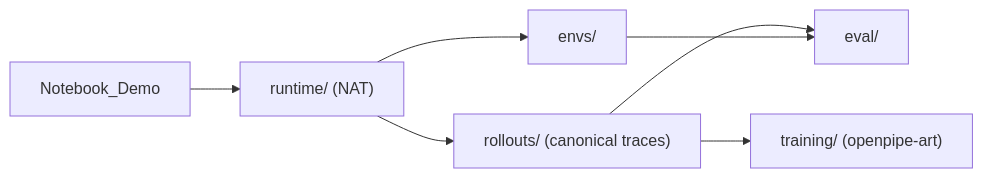
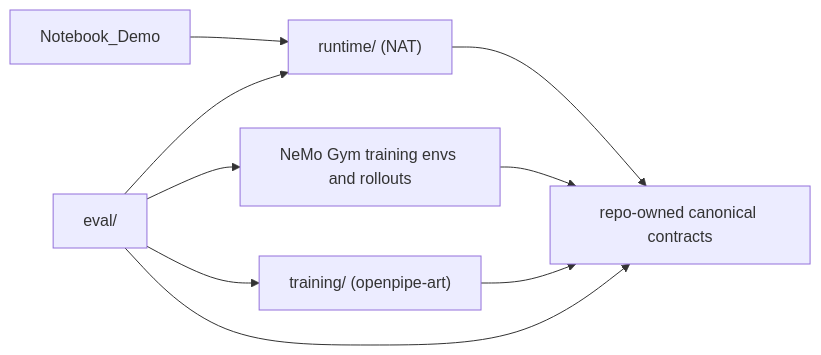
The diagram in PLAN.md (jcoupe-nvidia/by-workshop), drawn with Mermaid before and after one commit. The commit also changed other lines of this file and 2 other files, not shown here.

````diff
--- a/PLAN.md
+++ b/PLAN.md
@@ -25,9 +26,11 @@
 ```mermaid
 flowchart LR
-    notebook["Notebook_Demo"] --> runtime["runtime/ (NAT)"]
-    runtime --> envs["envs/"]
-    runtime --> rollouts["rollouts/ (canonical traces)"]
-    rollouts --> training["training/ (openpipe-art)"]
-    rollouts --> evalLayer["eval/"]
-    envs --> evalLayer
+    notebook["Notebook_Demo"] --> natRuntime["runtime/ (NAT)"]
+    natRuntime --> repoContracts["repo-owned canonical contracts"]
+    nemoGym["NeMo Gym training envs and rollouts"] --> repoContracts
+    openpipeArt["training/ (openpipe-art)"] --> repoContracts
+    evalLayer["eval/"] --> repoContracts
+    evalLayer --> natRuntime
+    evalLayer --> nemoGym
+    evalLayer --> openpipeArt
 ```
````
